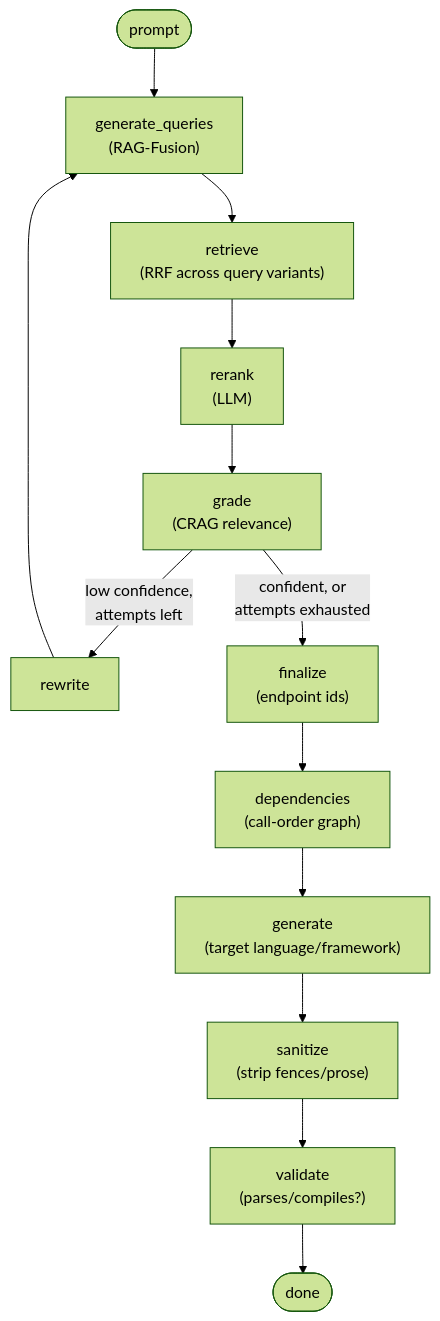
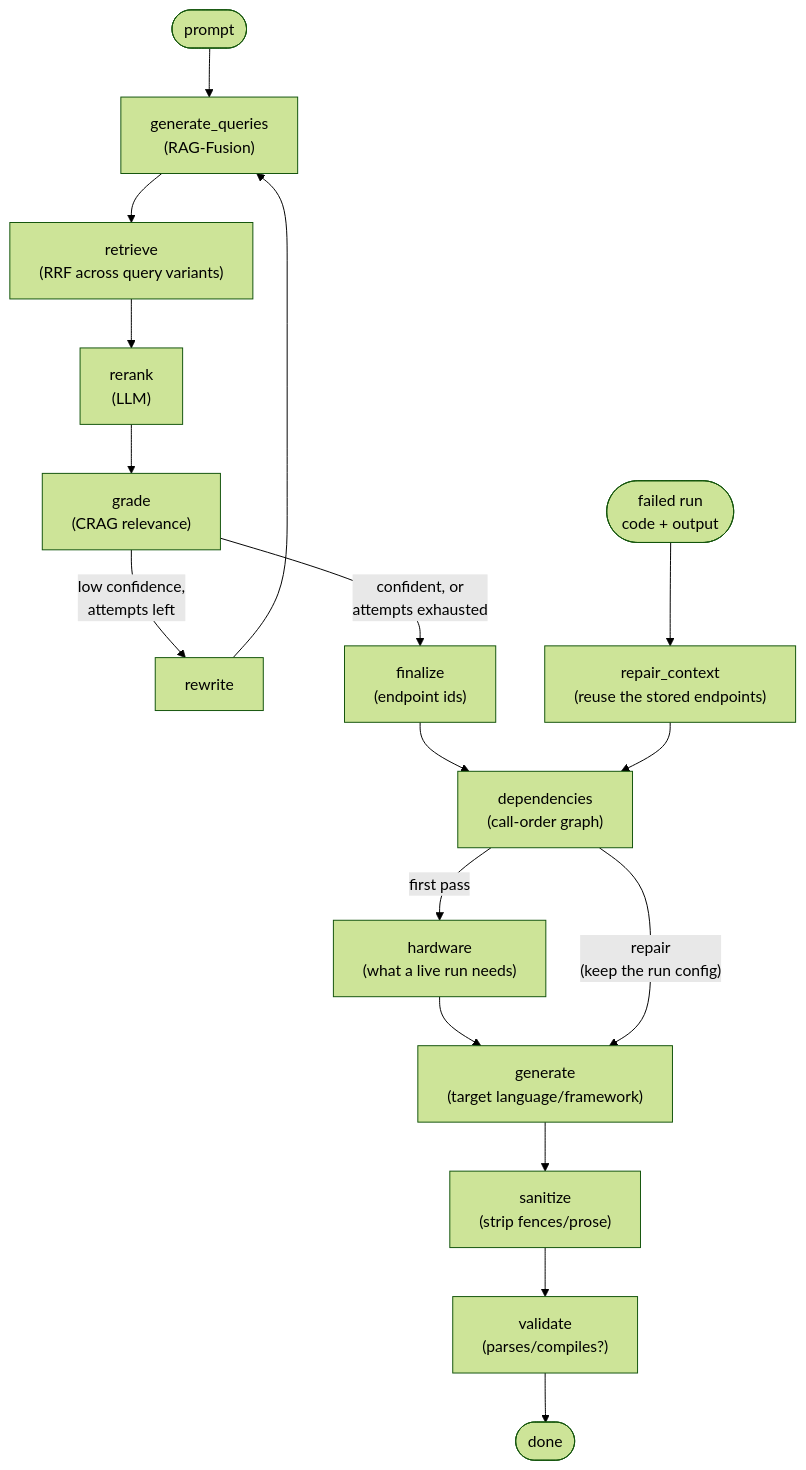
The diagram in Readme.md (tony-darco/casewright), drawn with Mermaid (forest theme) before and after one commit. The commit also changed other lines of this file and 25 other files, not shown here.

````diff
--- a/Readme.md
+++ b/Readme.md
@@ -158,15 +168,21 @@
 ```mermaid
 flowchart TD
     START(["prompt"]) --> GQ["generate_queries<br/>(RAG-Fusion)"]
     GQ --> RET["retrieve<br/>(RRF across query variants)"]
     RET --> RANK["rerank<br/>(LLM)"]
     RANK --> GRADE["grade<br/>(CRAG relevance)"]
     GRADE -- "low confidence,<br/>attempts left" --> REWRITE["rewrite"]
     REWRITE --> GQ
     GRADE -- "confident, or<br/>attempts exhausted" --> FIN["finalize<br/>(endpoint ids)"]
     FIN --> DEPS["dependencies<br/>(call-order graph)"]
-    DEPS --> GEN["generate<br/>(target language/framework)"]
+
+    FIX(["failed run<br/>code + output"]) --> RC["repair_context<br/>(reuse the stored endpoints)"]
+    RC --> DEPS
+
+    DEPS -- "first pass" --> HW["hardware<br/>(what a live run needs)"]
+    HW --> GEN["generate<br/>(target language/framework)"]
+    DEPS -- "repair<br/>(keep the run config)" --> GEN
     GEN --> SAN["sanitize<br/>(strip fences/prose)"]
     SAN --> VAL["validate<br/>(parses/compiles?)"]
     VAL --> DONE(["done"])
 ```
````
